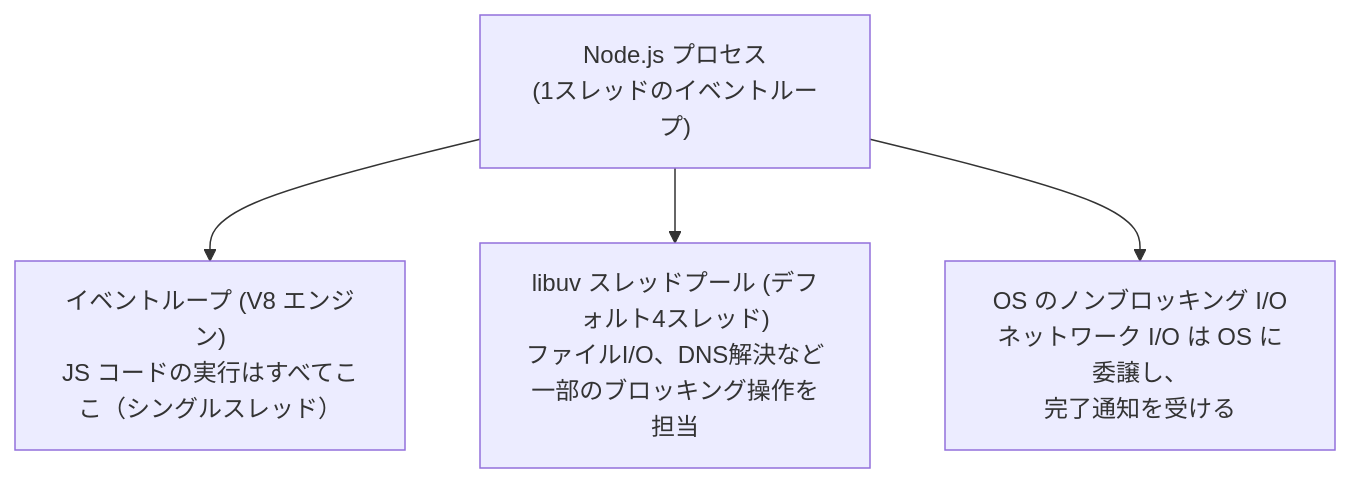
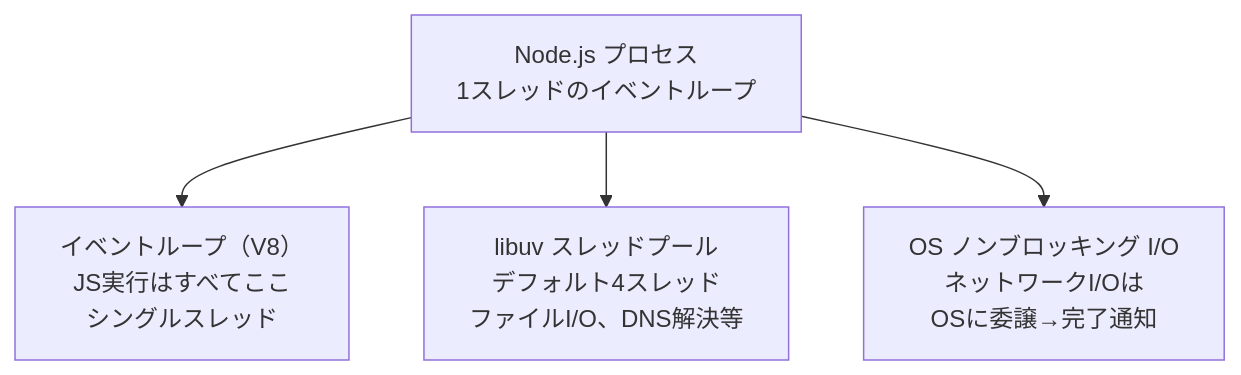
Before and after one commit to ryotaro-boost/web-engineer-knowledge-layers: the eighth of 14 diagrams in details/Webサーバーとランタイムのリクエスト処理モデル.md, drawn with Mermaid. The commit also changed other lines of this file, not shown here.

First line of the commit message:
Mermaid図のテキスト重なりを修正

````diff
--- a/details/Webサーバーとランタイムのリクエスト処理モデル.md
+++ b/details/Webサーバーとランタイムのリクエスト処理モデル.md
@@ -249,7 +246,7 @@
 ```mermaid
 graph TD
-    Node["Node.js プロセス<br>(1スレッドのイベントループ)"]
-    Node --> EL["イベントループ (V8 エンジン)<br>JS コードの実行はすべてここ（シングルスレッド）"]
-    Node --> Libuv["libuv スレッドプール (デフォルト4スレッド)<br>ファイルI/O、DNS解決など<br>一部のブロッキング操作を担当"]
-    Node --> OSIO["OS のノンブロッキング I/O<br>ネットワーク I/O は OS に委譲し、<br>完了通知を受ける"]
+    Node["Node.js プロセス<br>1スレッドのイベントループ"]
+    Node --> EL["イベントループ（V8）<br>JS実行はすべてここ<br>シングルスレッド"]
+    Node --> Libuv["libuv スレッドプール<br>デフォルト4スレッド<br>ファイルI/O、DNS解決等"]
+    Node --> OSIO["OS ノンブロッキング I/O<br>ネットワークI/Oは<br>OSに委譲→完了通知"]
 ```
````
